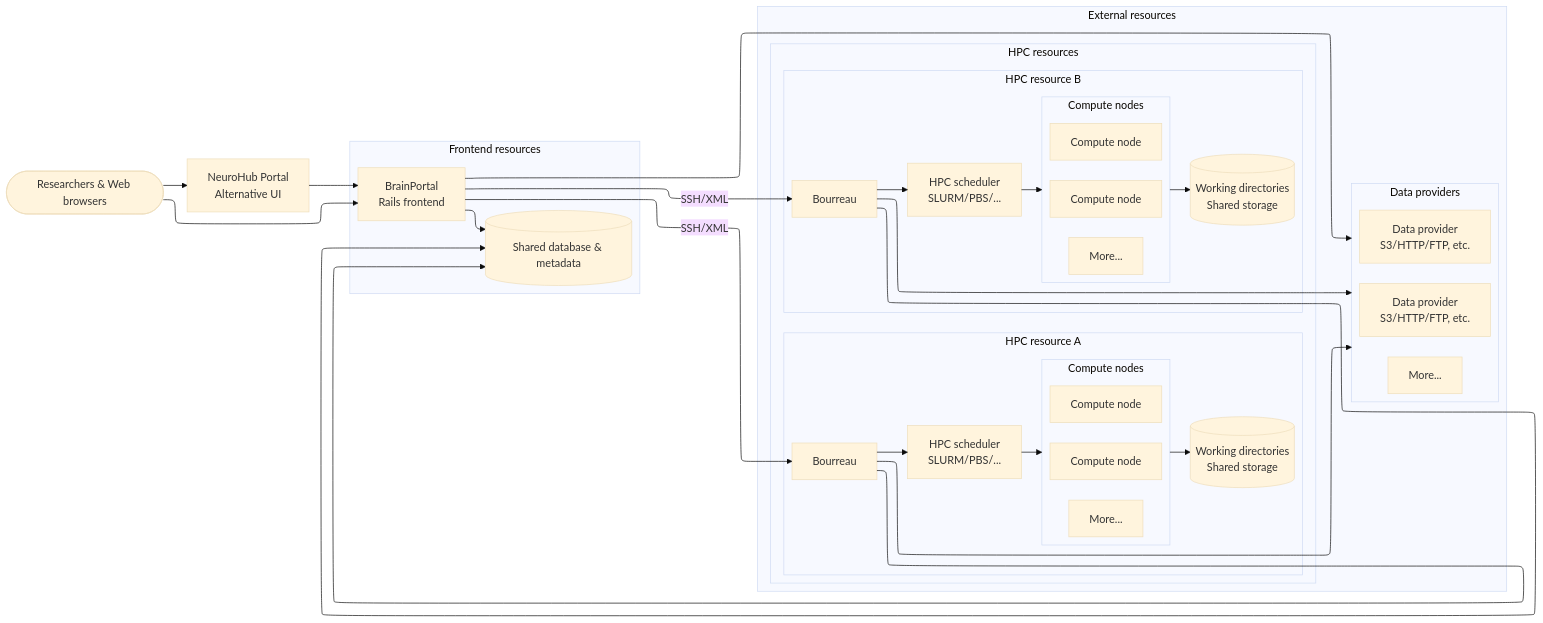
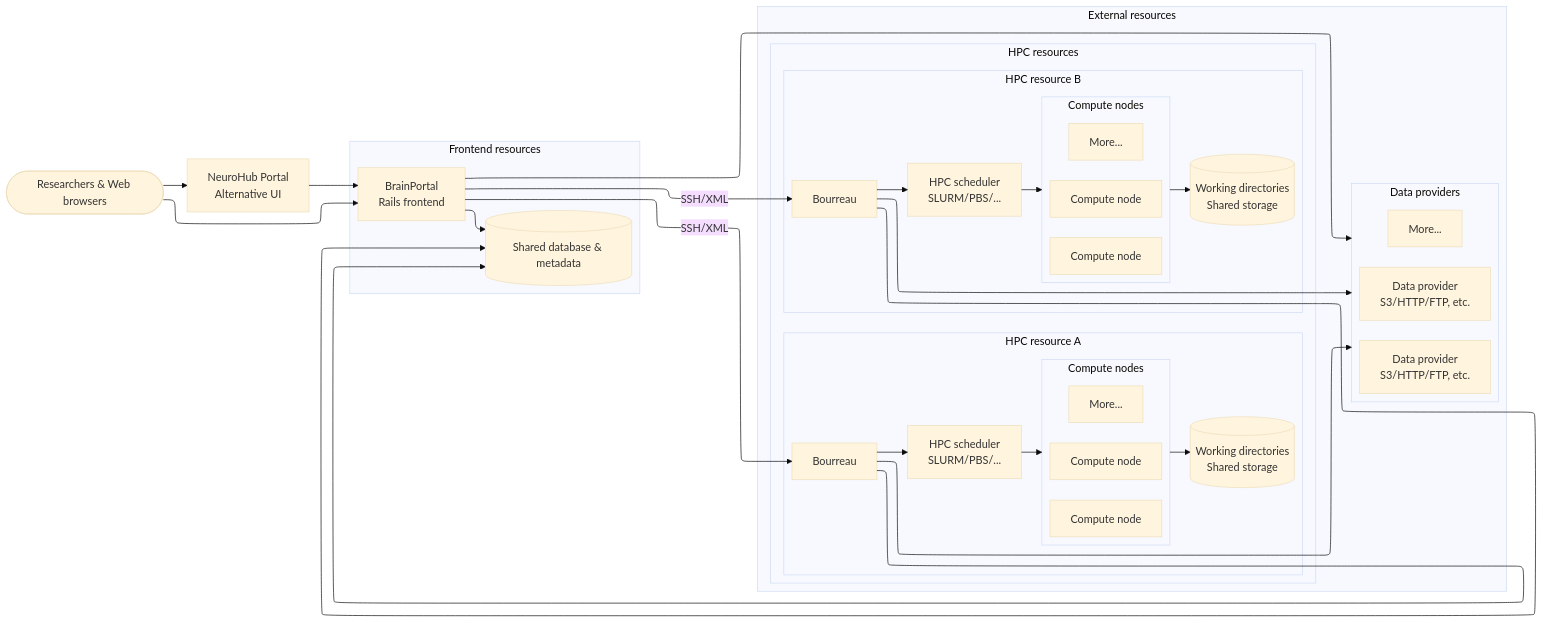
One commit to aces/cbrain changed the diagram in README.md. Above: the diagram before and after it, drawn with Mermaid. The commit also changed other lines of this file, not shown here.

````diff
--- a/README.md
+++ b/README.md
@@ -25,58 +25,58 @@
 ```mermaid
 %%{init: {"theme": "base", "flowchart": {"defaultRenderer": "elk"}}}%%
 flowchart LR
   Users([Researchers & Web browsers])
   NH[NeuroHub Portal<br/>Alternative UI]
   subgraph Frontend[Frontend resources]
     BP[BrainPortal<br/>Rails frontend]
     DB[(Shared database & metadata)]
   end
   subgraph ExternalResources[External resources]
     direction TB
     subgraph DataProviders[Data providers]
       direction TB
       DP1[Data provider<br/>S3/HTTP/FTP, etc.]
+      DP2[Data provider<br/>S3/HTTP/FTP, etc.]
       DP3[More...]
-      DP2[Data provider<br/>S3/HTTP/FTP, etc.]
     end
     subgraph HPCResources[HPC resources]
       direction TB
       subgraph ResourceA[HPC resource A]
         BO1[Bourreau]
         Sched1[HPC scheduler<br/>SLURM/PBS/...]
         subgraph ComputePoolA[Compute nodes]
           Compute1[Compute node]
+          Compute2[Compute node]
           ComputeMoreA[More...]
-          Compute2[Compute node]
         end
         Scratch1[(Working directories<br/>Shared storage)]
       end
       subgraph ResourceB[HPC resource B]
         BO2[Bourreau]
         Sched2[HPC scheduler<br/>SLURM/PBS/...]
         subgraph ComputePoolB[Compute nodes]
           Compute3[Compute node]
+          Compute4[Compute node]
           ComputeMoreB[More...]
-          Compute4[Compute node]
         end
         Scratch2[(Working directories<br/>Shared storage)]
       end
     end
   end
 
   Users --> BP
   Users --> NH
   NH --> BP
   BP --> DB
   BP --> DataProviders
   BP -->|SSH/XML| BO1
   BP -->|SSH/XML| BO2
   BO1 --> DataProviders
   BO2 --> DataProviders
   BO1 --> DB
   BO2 --> DB
   BO1 --> Sched1 --> ComputePoolA
   BO2 --> Sched2 --> ComputePoolB
   ComputePoolA --> Scratch1
   ComputePoolB --> Scratch2
 ```
````
